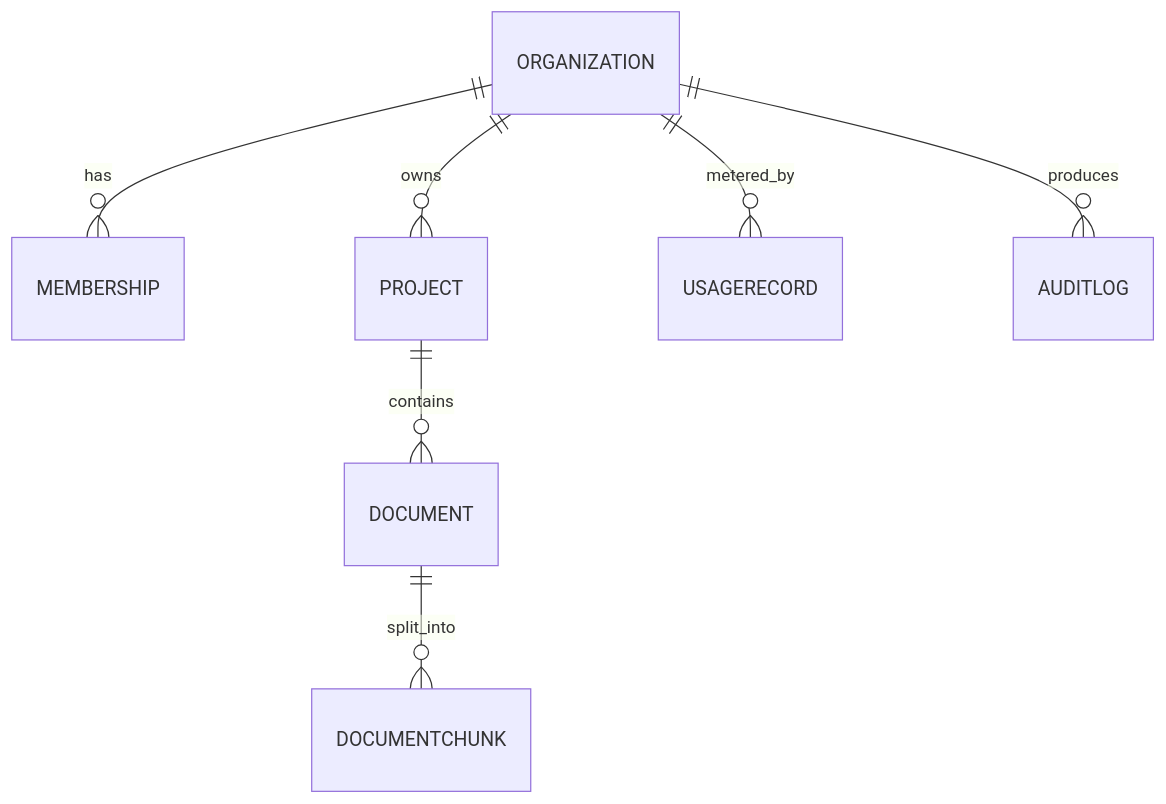
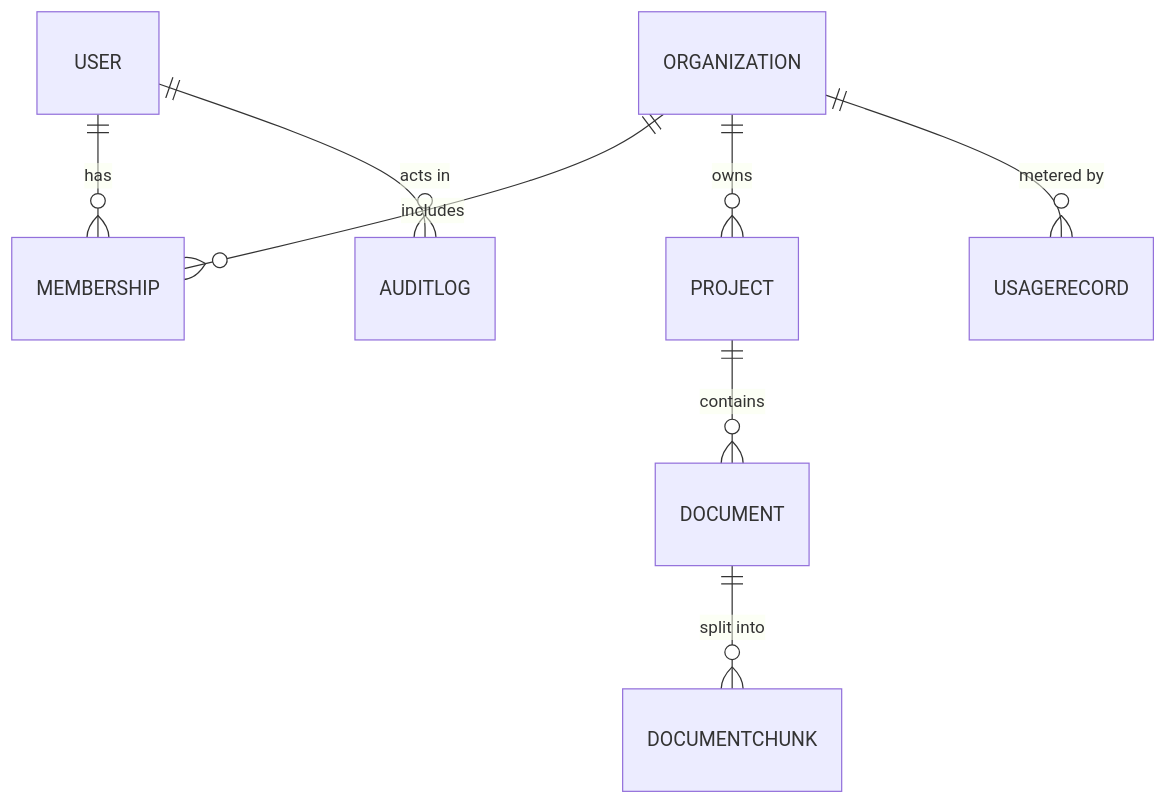
One commit to ShashankSingh2020/multi-tenant-rag-engine changed the fifth of 5 diagrams in README.md. Above: the diagram before and after it, drawn with Mermaid. The commit also changed other lines of this file, not shown here.

````diff
--- a/README.md
+++ b/README.md
@@ -140,9 +346,10 @@
 ```mermaid
 erDiagram
-    ORGANIZATION ||--o{ MEMBERSHIP : has
+    USER ||--o{ MEMBERSHIP : has
+    ORGANIZATION ||--o{ MEMBERSHIP : includes
     ORGANIZATION ||--o{ PROJECT : owns
     PROJECT ||--o{ DOCUMENT : contains
-    DOCUMENT ||--o{ DOCUMENTCHUNK : split_into
-    ORGANIZATION ||--o{ USAGERECORD : metered_by
-    ORGANIZATION ||--o{ AUDITLOG : produces
+    DOCUMENT ||--o{ DOCUMENTCHUNK : "split into"
+    ORGANIZATION ||--o{ USAGERECORD : "metered by"
+    USER ||--o{ AUDITLOG : "acts in"
 ```
````
